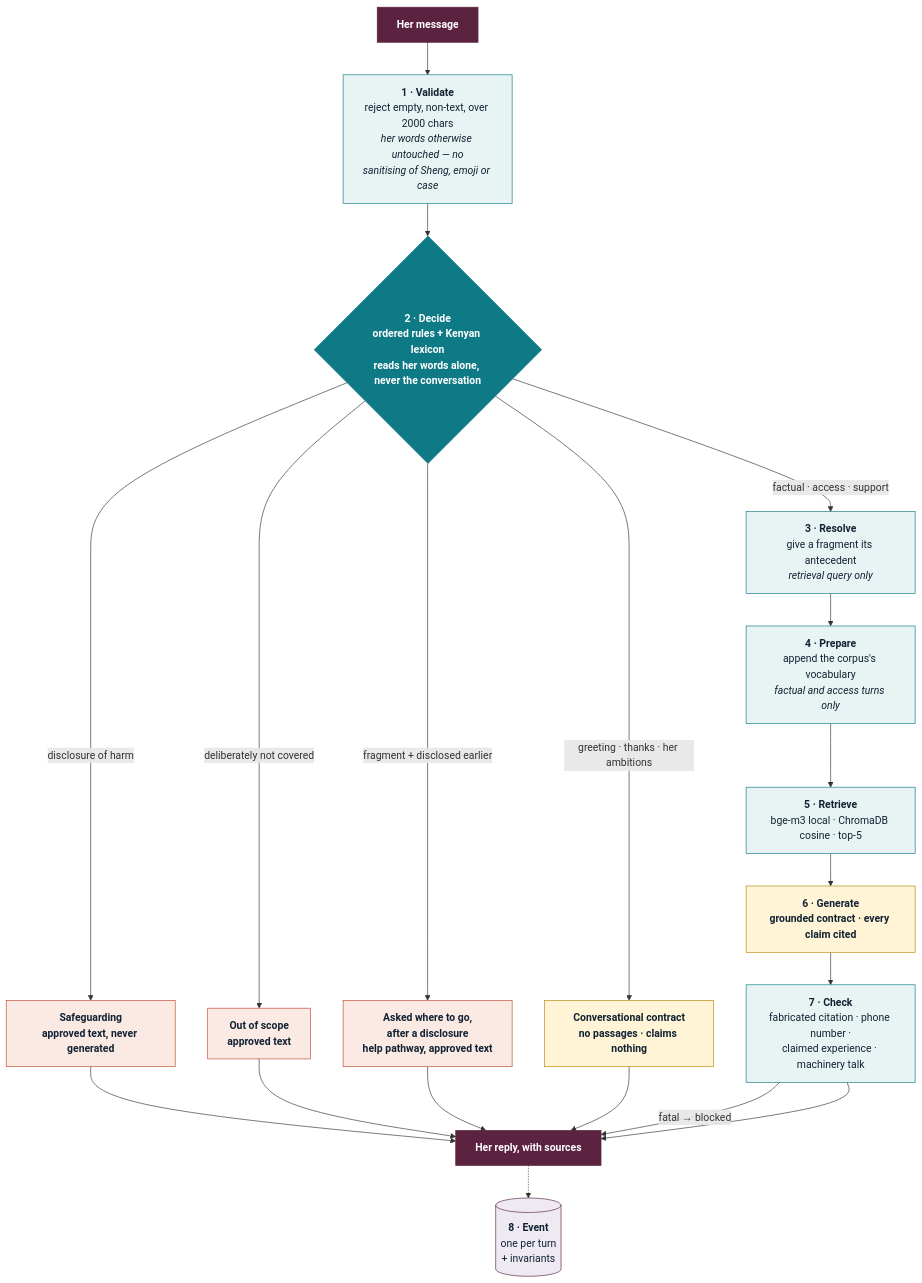
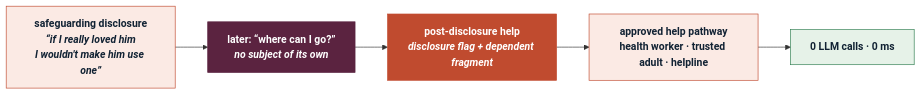
Before and after one commit to George-techie/girl-effect-srh-rag: the third of 3 diagrams in README.md, drawn with Mermaid. The commit also changed other lines of this file and 2 other files, not shown here.

First line of the commit message:
Architecture: the product, not the processing sequence

````diff
--- a/README.md
+++ b/README.md
@@ -101,48 +135,15 @@
 ```mermaid
-flowchart TD
-    HER["Her message"]:::her
+flowchart LR
+    D["<b>safeguarding disclosure</b><br/><i>“if I really loved him<br/>I wouldn't make him use one”</i>"]:::stop
+    F["<b>later:</b> “where can I go?”<br/><i>no subject of its own</i>"]:::her
+    R["<b>post-disclosure help</b><br/><i>disclosure flag + dependent fragment</i>"]:::gate
+    P["<b>approved help pathway</b><br/>health worker · trusted adult · helpline"]:::stop
+    Z["<b>0 LLM calls · 0 ms</b>"]:::good
 
-    VAL["<b>1 · Validate</b><br/>reject empty, non-text, over 2000 chars<br/><i>her words otherwise untouched — no<br/>sanitising of Sheng, emoji or case</i>"]:::free
-
-    DEC{"<b>2 · Decide</b><br/>ordered rules + Kenyan lexicon<br/>reads her words alone, never the conversation"}:::decide
-
-    SAFE["<b>Safeguarding</b><br/>approved text, never generated"]:::approved
-    OOS["<b>Out of scope</b><br/>approved text"]:::approved
-    HELP["<b>Asked where to go,<br/>after a disclosure</b><br/>help pathway, approved text"]:::approved
-    CHAT["<b>Conversational contract</b><br/>no passages · claims nothing"]:::model
-
-    RES["<b>3 · Resolve</b><br/>give a fragment its antecedent<br/><i>retrieval query only</i>"]:::free
-    PREP["<b>4 · Prepare</b><br/>append the corpus's vocabulary<br/><i>factual and access turns only</i>"]:::free
-    RET["<b>5 · Retrieve</b><br/>bge-m3 local · ChromaDB cosine · top-5"]:::free
-    GEN["<b>6 · Generate</b><br/>grounded contract · every claim cited"]:::model
-    CHK["<b>7 · Check</b><br/>fabricated citation · phone number ·<br/>claimed experience · machinery talk"]:::free
-
-    REPLY["Her reply, with sources"]:::her
-    EVT[("<b>8 · Event</b><br/>one per turn<br/>+ invariants")]:::obs
-
-    HER --> VAL --> DEC
-
-    DEC -->|"disclosure of harm"| SAFE
-    DEC -->|"deliberately not covered"| OOS
-    DEC -->|"greeting · thanks · her ambitions"| CHAT
-    DEC -->|"fragment + disclosed earlier"| HELP
-    DEC -->|"factual · access · support"| RES
-
-    RES --> PREP --> RET --> GEN --> CHK
-
-    SAFE --> REPLY
-    OOS --> REPLY
-    HELP --> REPLY
-    CHAT --> REPLY
-    CHK -->|"fatal → blocked"| REPLY
-    CHK --> REPLY
-
-    REPLY -.-> EVT
+    D --> F --> R --> P --> Z
 
     classDef her fill:#5B2340,stroke:#5B2340,color:#fff,font-weight:bold
-    classDef free fill:#E8F4F3,stroke:#0E7A86,color:#123
-    classDef decide fill:#0E7A86,stroke:#0E7A86,color:#fff,font-weight:bold
-    classDef approved fill:#FBEAE4,stroke:#C04B2F,color:#123,font-weight:bold
-    classDef model fill:#FFF4D6,stroke:#B8860B,color:#123,font-weight:bold
-    classDef obs fill:#EFEAF2,stroke:#5B2340,color:#123
+    classDef stop fill:#FBEAE4,stroke:#C04B2F,color:#123,font-weight:bold
+    classDef gate fill:#C04B2F,stroke:#C04B2F,color:#fff,font-weight:bold
+    classDef good fill:#E6F2E8,stroke:#2E7D4F,color:#123,font-weight:bold
 ```
````
